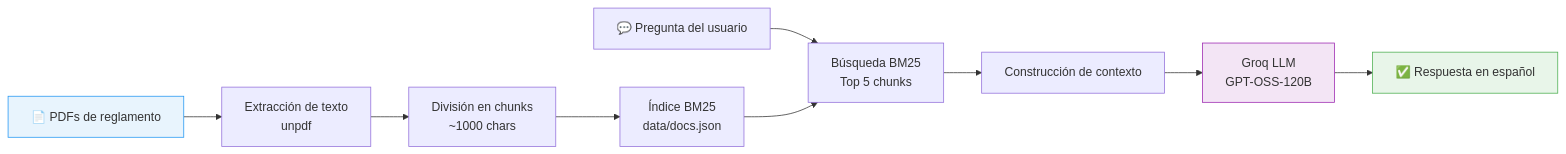
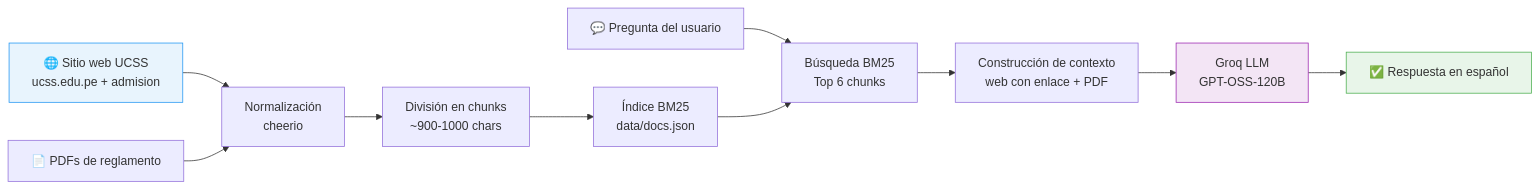
The diagram in README.md (Rickneser2023/Chatbot-UCSS), drawn with Mermaid before and after one commit. The commit also changed other lines of this file and 13 other files, not shown here.

````diff
--- a/README.md
+++ b/README.md
@@ -44,16 +46,17 @@
 ```mermaid
 flowchart LR
-    A[📄 PDFs de reglamento] --> B[Extracción de texto<br/>unpdf]
-    B --> C[División en chunks<br/>~1000 chars]
+    A[🌐 Sitio web UCSS<br/>ucss.edu.pe + admision] --> B[Extracción y<br/>limpieza dí HTML]
+    Q[📄 PDFs de reglamento] --> B
+    B[Normalización<br/>cheerio] --> C[División en chunks<br/>~900-1000 chars]
     C --> D[Índice BM25<br/>data/docs.json]
 
-    E[💬 Pregunta del usuario] --> F[Búsqueda BM25<br/>Top 5 chunks]
+    E[💬 Pregunta del usuario] --> F[Búsqueda BM25<br/>Top 6 chunks]
     D --> F
-    F --> G[Construcción de contexto]
+    F --> G[Construcción de contexto<br/>web con enlace + PDF]
     G --> H[Groq LLM<br/>GPT-OSS-120B]
     H --> I[✅ Respuesta en español]
 
     style A fill:#E8F4FD,stroke:#2196F3
     style H fill:#F3E5F5,stroke:#9C27B0
     style I fill:#E8F5E9,stroke:#4CAF50
 ```
````
